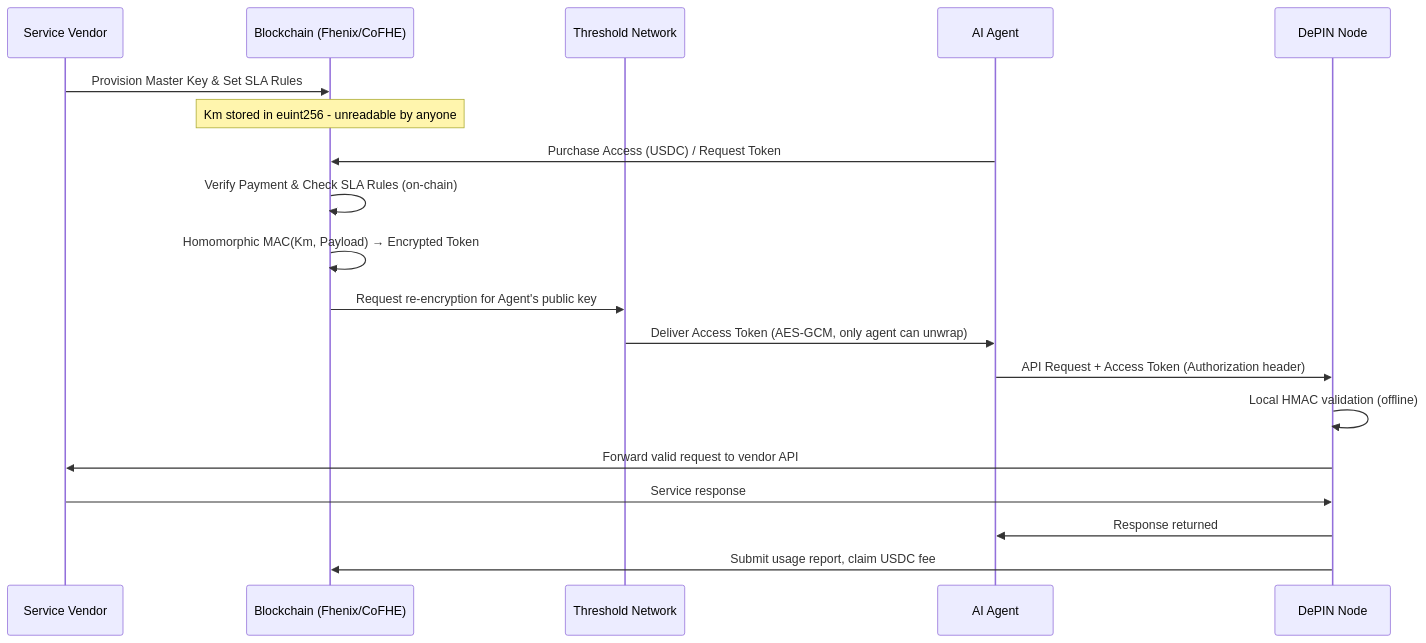
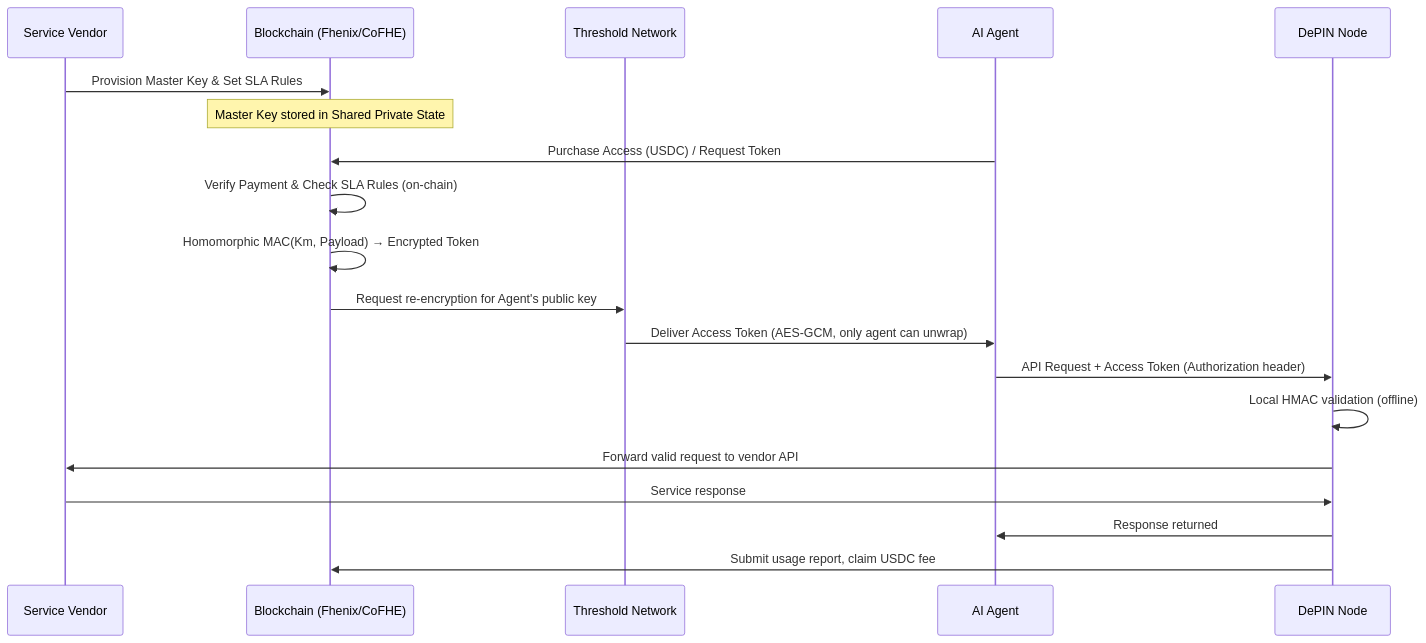
Before and after one commit to imajus/fhe402: the diagram in docs/Requirements.md, drawn with Mermaid.

````diff
--- a/docs/Requirements.md
+++ b/docs/Requirements.md
@@ -104,24 +104,24 @@
 ```mermaid
 sequenceDiagram
     participant V as Service Vendor
     participant BC as Blockchain (Fhenix/CoFHE)
     participant TSN as Threshold Network
     participant A as AI Agent
     participant D as DePIN Node
     
     V->>BC: Provision Master Key & Set SLA Rules
-    Note over BC: Km stored in euint256 - unreadable by anyone
+    Note over BC: Master Key stored in Shared Private State
     
     A->>BC: Purchase Access (USDC) / Request Token
     BC->>BC: Verify Payment & Check SLA Rules (on-chain)
     BC->>BC: Homomorphic MAC(Km, Payload) → Encrypted Token
     BC->>TSN: Request re-encryption for Agent's public key
     TSN->>A: Deliver Access Token (AES-GCM, only agent can unwrap)
     
     A->>D: API Request + Access Token (Authorization header)
     D->>D: Local HMAC validation (offline)
     D->>V: Forward valid request to vendor API
     V->>D: Service response
     D->>A: Response returned
     D->>BC: Submit usage report, claim USDC fee
 ```
````
